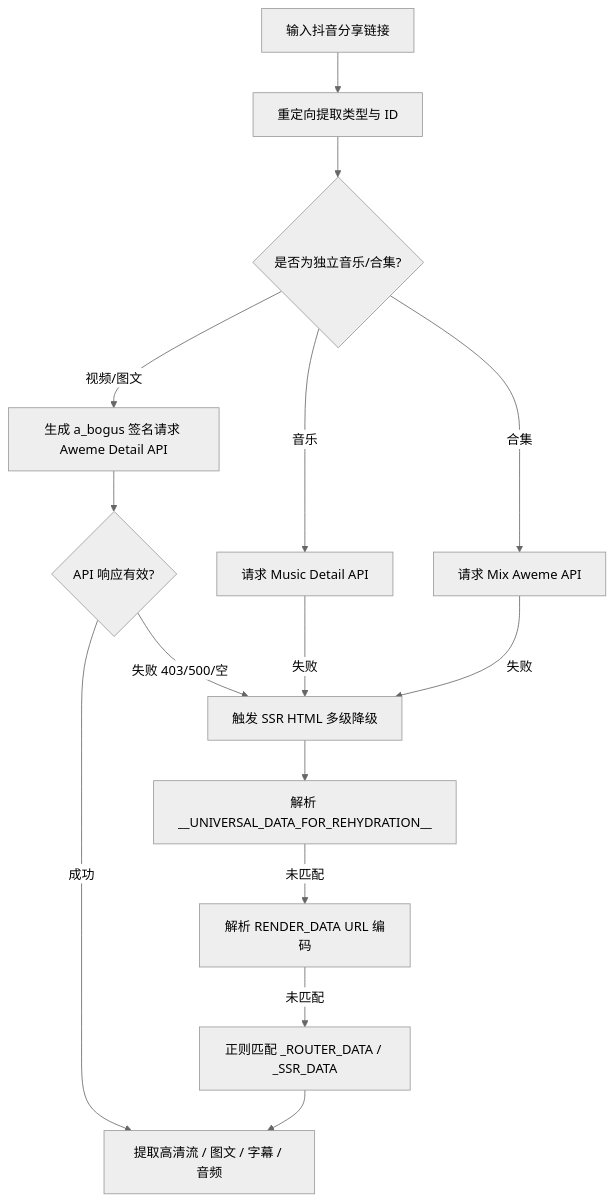
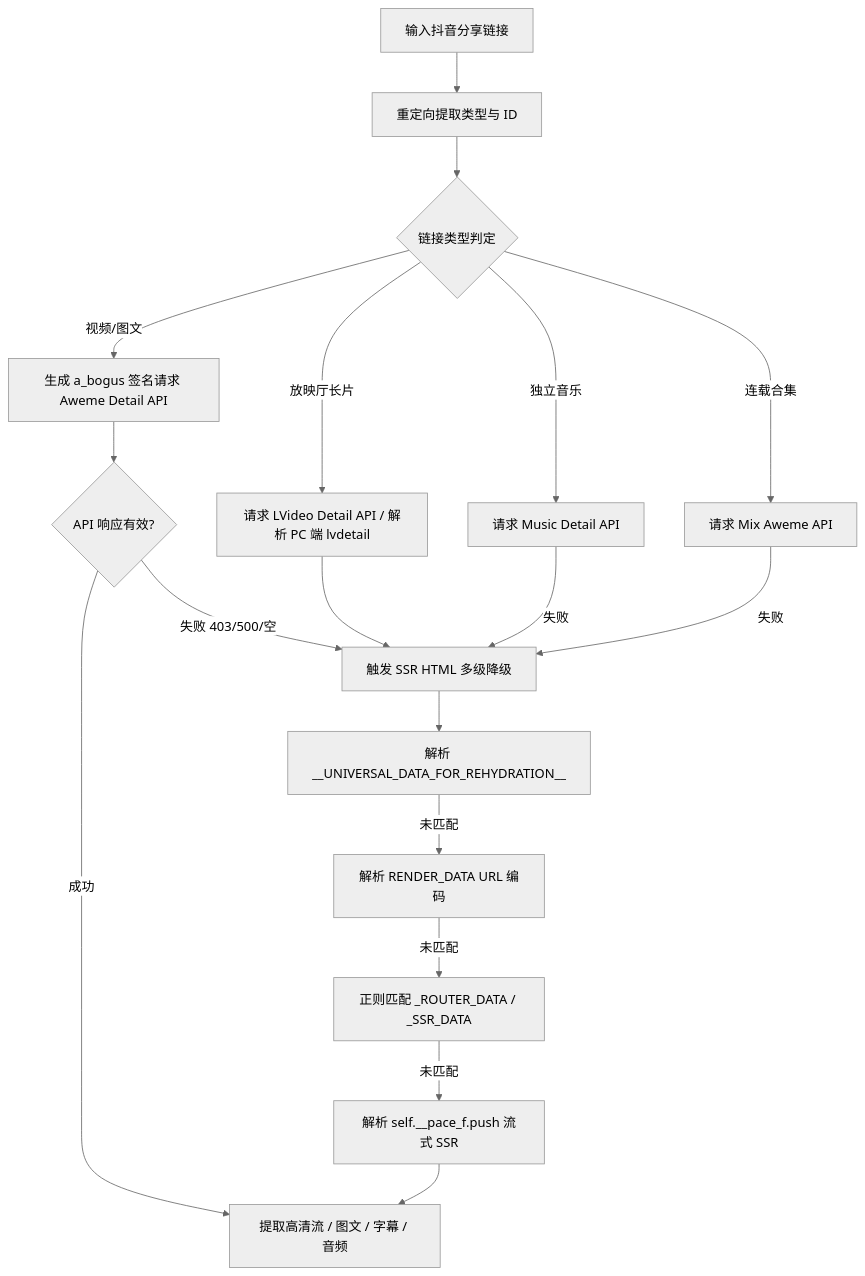
The diagram in docs/parsers/douyin.md (ucmao/media-parser), drawn with Mermaid (neutral theme) before and after one commit. The commit also changed other lines of this file and 9 other files, not shown here.

````diff
--- a/docs/parsers/douyin.md
+++ b/docs/parsers/douyin.md
@@ -38,20 +42,23 @@
 ```mermaid
 flowchart TD
     A[输入抖音分享链接] --> B[重定向提取类型与 ID]
-    B --> C{是否为独立音乐/合集?}
-    C -- 音乐 --> M1[请求 Music Detail API]
-    C -- 合集 --> K1[请求 Mix Aweme API]
+    B --> C{链接类型判定}
+    C -- 独立音乐 --> M1[请求 Music Detail API]
+    C -- 连载合集 --> K1[请求 Mix Aweme API]
+    C -- 放映厅长片 --> L1[请求 LVideo Detail API / 解析 PC 端 lvdetail]
     C -- 视频/图文 --> D1[生成 a_bogus 签名请求 Aweme Detail API]
     
     D1 --> D2{API 响应有效?}
     D2 -- 成功 --> E[提取高清流 / 图文 / 字幕 / 音频]
     D2 -- 失败 403/500/空 --> F[触发 SSR HTML 多级降级]
     
+    L1 --> F
+    M1 -- 失败 --> F
+    K1 -- 失败 --> F
+    
     F --> G1[解析 __UNIVERSAL_DATA_FOR_REHYDRATION__]
     G1 -- 未匹配 --> G2[解析 RENDER_DATA URL 编码]
     G2 -- 未匹配 --> G3[正则匹配 _ROUTER_DATA / _SSR_DATA]
-    G3 --> E
-    
-    M1 -- 失败 --> F
-    K1 -- 失败 --> F
+    G3 -- 未匹配 --> G4[解析 self.__pace_f.push 流式 SSR]
+    G4 --> E
 ```
````
